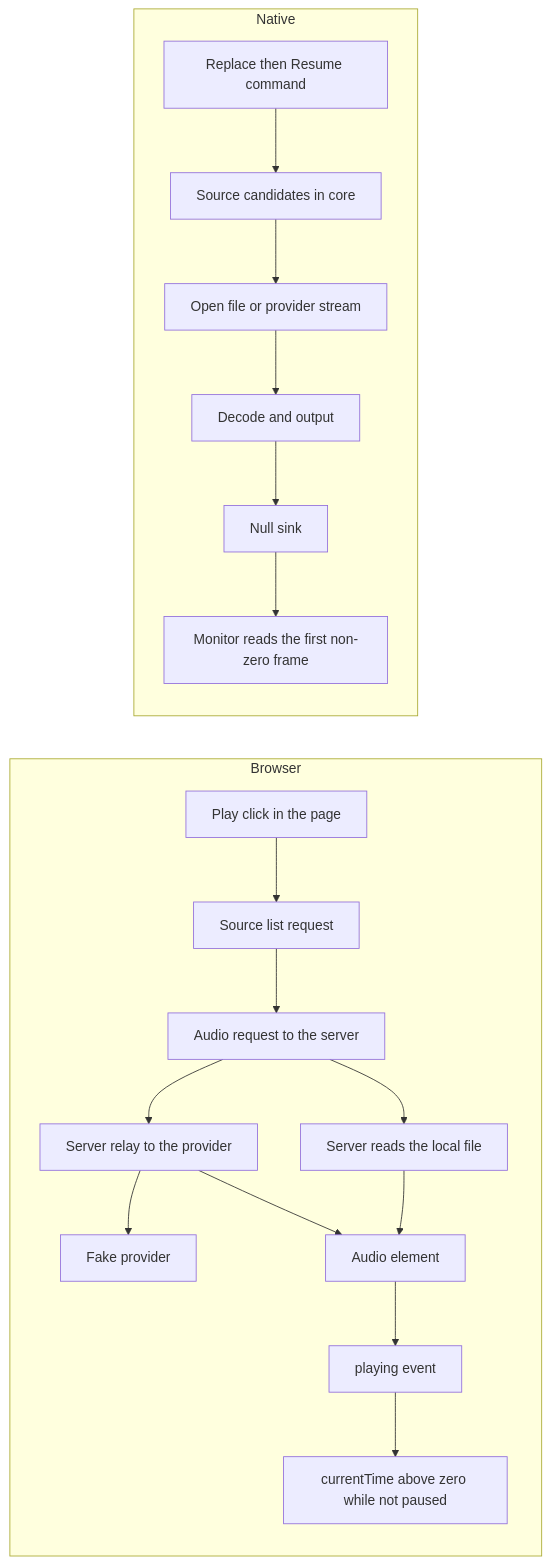
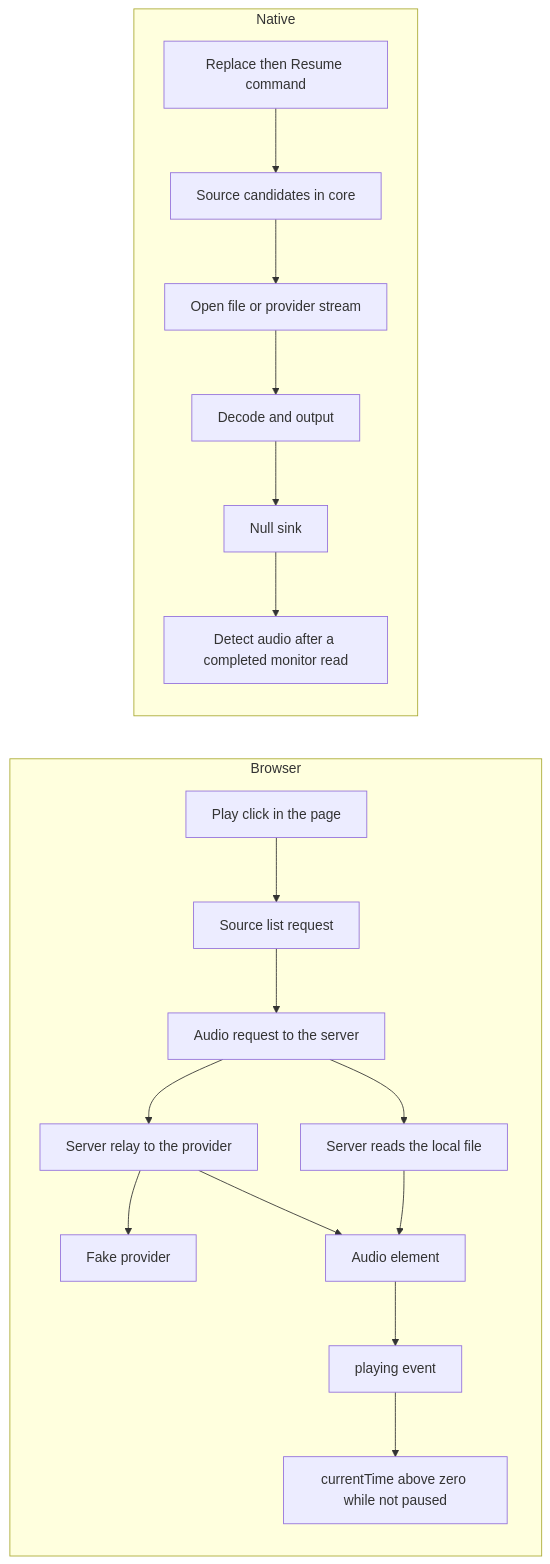
One commit to acidiney/hitoapp changed the first of 2 diagrams in docs/performance.md. Above: the diagram before and after it, drawn with Mermaid. The commit also changed other lines of this file and 1 other file, not shown here.

````diff
--- a/docs/performance.md
+++ b/docs/performance.md
@@ -19,21 +19,21 @@
 ```mermaid
 flowchart LR
   subgraph Browser
     Click[Play click in the page] --> Sources[Source list request]
     Sources --> Audio[Audio request to the server]
     Audio --> Relay[Server relay to the provider]
     Audio --> File[Server reads the local file]
     Relay --> Provider[Fake provider]
     File --> Element[Audio element]
     Relay --> Element
     Element --> Playing[playing event]
     Playing --> Clock[currentTime above zero while not paused]
   end
   subgraph Native
     Command[Replace then Resume command] --> Resolve[Source candidates in core]
     Resolve --> Open[Open file or provider stream]
     Open --> Decode[Decode and output]
     Decode --> Sink[Null sink]
-    Sink --> Monitor[Monitor reads the first non-zero frame]
+    Sink --> Monitor[Detect audio after a completed monitor read]
   end
 ```
````
